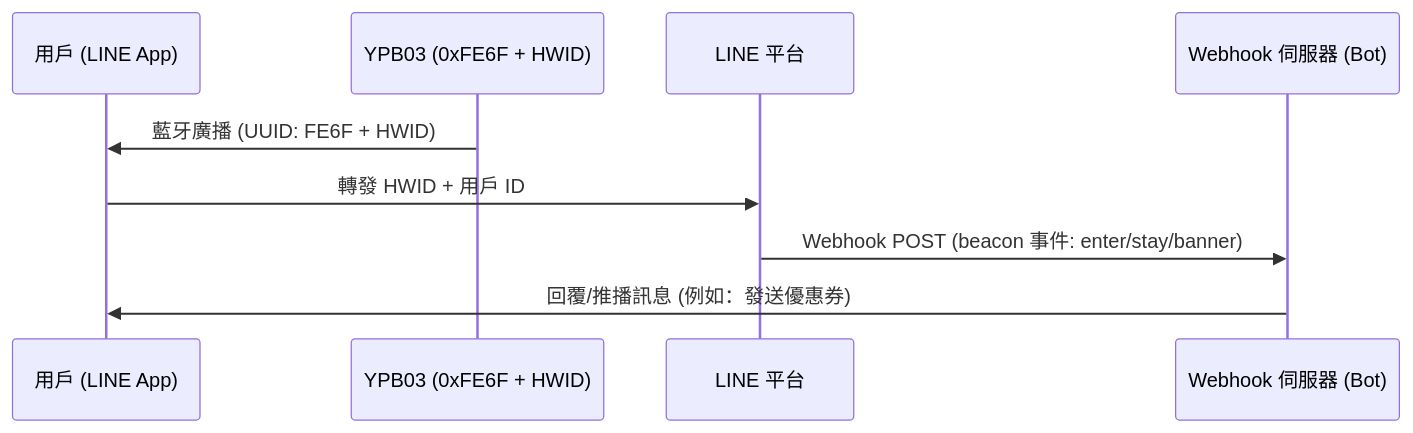
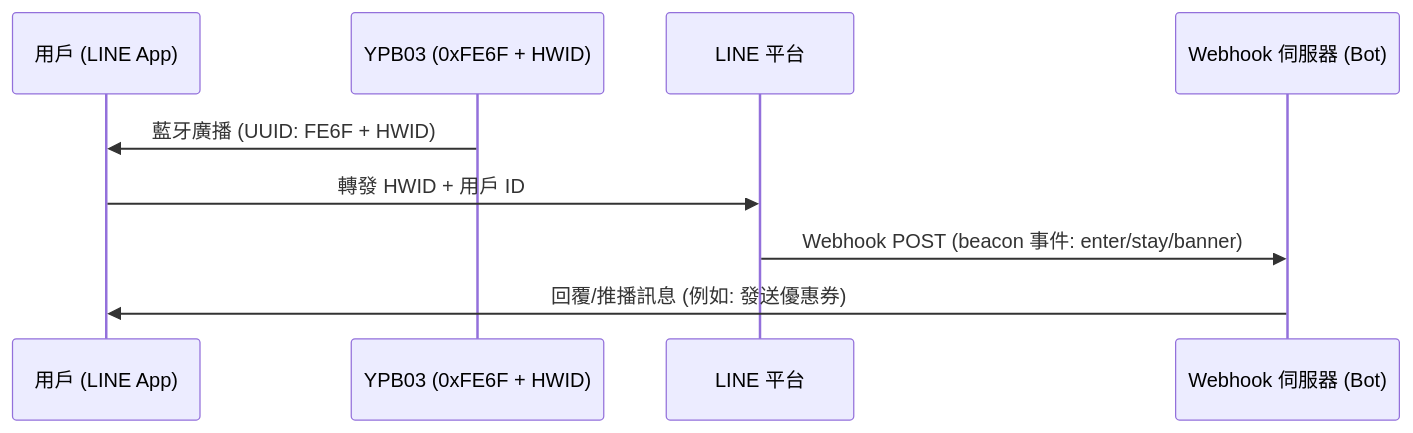
Before and after one commit to yopitek/yupitek_official_web: the diagram in content/zh-tw/products/ibeacon/ypb03/_index.md, drawn with Mermaid. The commit also changed 1136 other files, not shown here.

````diff
--- a/content/zh-tw/products/ibeacon/ypb03/_index.md
+++ b/content/zh-tw/products/ibeacon/ypb03/_index.md
@@ -38,12 +38,12 @@
 ```mermaid
 sequenceDiagram
     participant User as 用戶 (LINE App)
     participant Beacon as YPB03 (0xFE6F + HWID)
     participant LINE as LINE 平台
     participant Bot as Webhook 伺服器 (Bot)
 
     Beacon->>User: 藍牙廣播 (UUID: FE6F + HWID)
     User->>LINE: 轉發 HWID + 用戶 ID
     LINE->>Bot: Webhook POST (beacon 事件: enter/stay/banner)
-    Bot->>User: 回覆/推播訊息 (例如：發送優惠券)
+    Bot->>User: 回覆/推播訊息 (例如: 發送優惠券)
 ```
````
